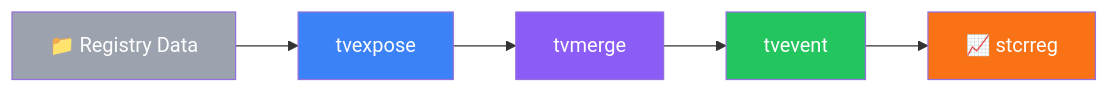
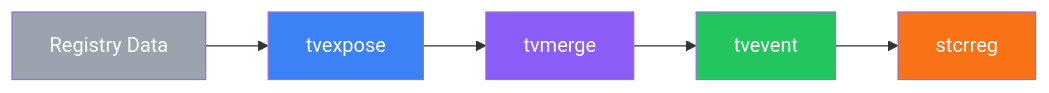
One commit to tpcopeland/Stata-Tools changed the diagram in tvtools/Presentation/tvtools_presentation.md. Above: the diagram before and after it, drawn with Mermaid. The commit also changed other lines of this file, not shown here.

````diff
--- a/tvtools/Presentation/tvtools_presentation.md
+++ b/tvtools/Presentation/tvtools_presentation.md
@@ -312,12 +334,12 @@
 ```mermaid {scale: 0.8}
 graph LR
-    A[📁 Registry Data] --> B[tvexpose]
+    A[Registry Data] --> B[tvexpose]
     B --> C[tvmerge]
     C --> D[tvevent]
-    D --> E[📈 stcrreg]
+    D --> E[stcrreg]
     style A fill:#9CA3AF,color:#fff
     style B fill:#3b82f6,color:#fff
     style C fill:#8b5cf6,color:#fff
     style D fill:#22c55e,color:#fff
     style E fill:#F97316,color:#fff
 ```
````
